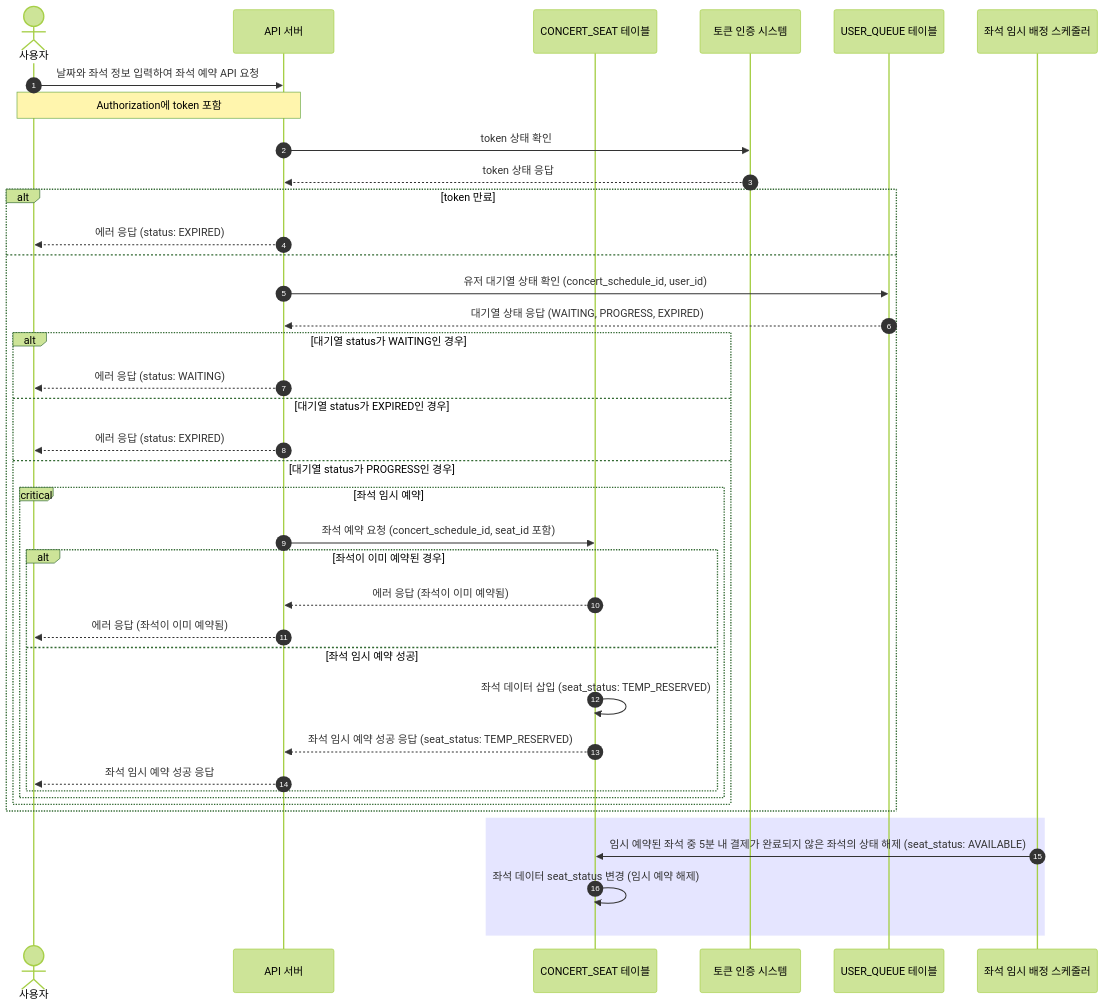
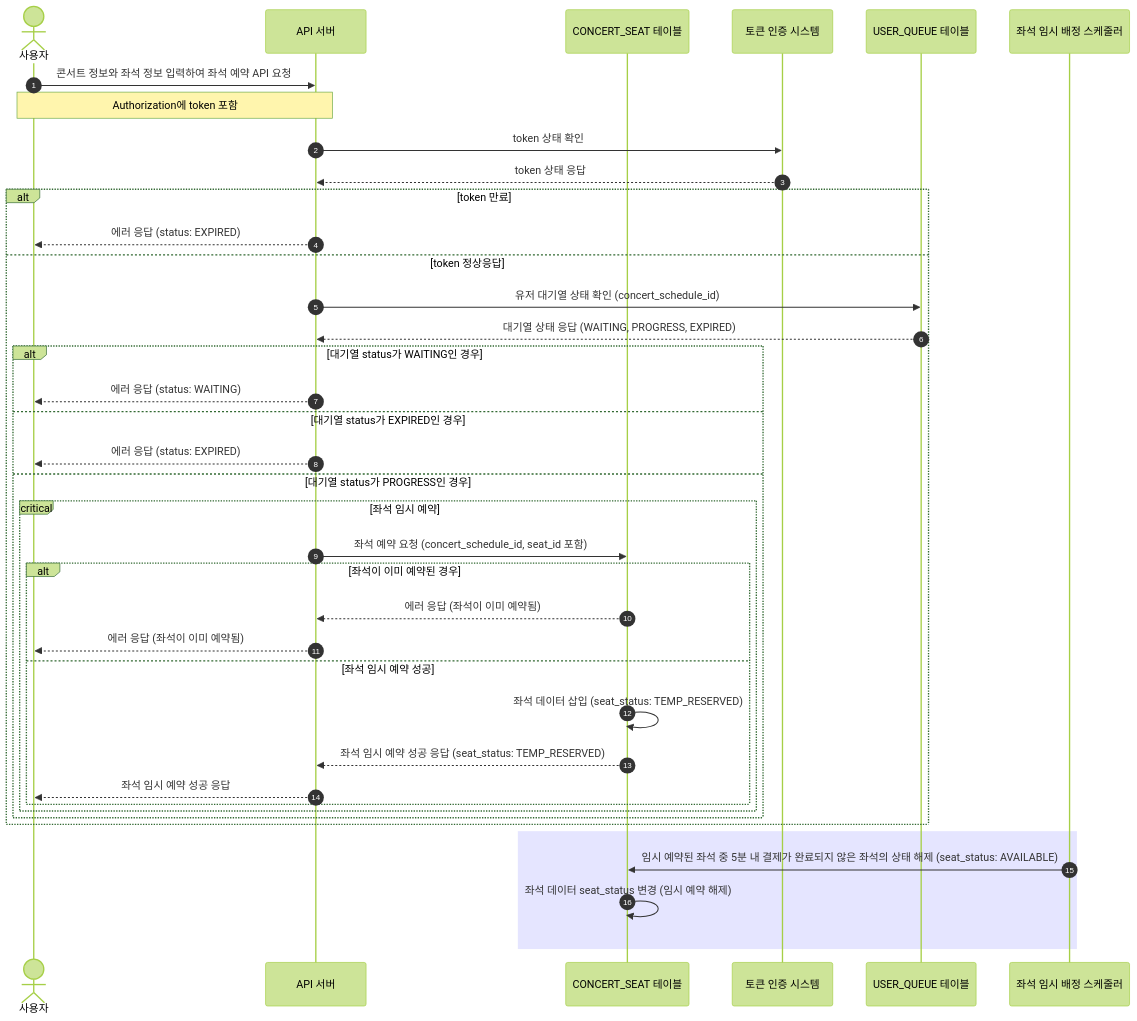
One commit to Cheondongmin/concert-java changed the fourth of 7 diagrams in docs/sequence.md. Above: the diagram before and after it, drawn with Mermaid (forest theme). The commit also changed other lines of this file and 3 other files, not shown here.

````diff
--- a/docs/sequence.md
+++ b/docs/sequence.md
@@ -94,44 +94,44 @@
 ```mermaid
 sequenceDiagram
     autonumber
     actor 사용자 as 사용자
     participant API as API 서버
     participant CONCERT_SEAT as CONCERT_SEAT 테이블
     participant AUTH as 토큰 인증 시스템
     participant USER_QUEUE as USER_QUEUE 테이블
     participant SEAT_SCHEDULER as 좌석 임시 배정 스케줄러
 
-    사용자 ->> API: 날짜와 좌석 정보 입력하여 좌석 예약 API 요청
+    사용자 ->> API: 콘서트 정보와 좌석 정보 입력하여 좌석 예약 API 요청
     Note over 사용자, API: Authorization에 token 포함
     API ->> AUTH: token 상태 확인
     AUTH -->> API: token 상태 응답
     alt token 만료
         API -->> 사용자: 에러 응답 (status: EXPIRED)
-    else
-        API ->> USER_QUEUE: 유저 대기열 상태 확인 (concert_schedule_id, user_id)
+    else token 정상응답
+        API ->> USER_QUEUE: 유저 대기열 상태 확인 (concert_schedule_id)
         USER_QUEUE -->> API: 대기열 상태 응답 (WAITING, PROGRESS, EXPIRED)
 
         alt 대기열 status가 WAITING인 경우
             API -->> 사용자: 에러 응답 (status: WAITING)
         else 대기열 status가 EXPIRED인 경우
             API -->> 사용자: 에러 응답 (status: EXPIRED)
         else 대기열 status가 PROGRESS인 경우
             critical 좌석 임시 예약
                 API ->> CONCERT_SEAT: 좌석 예약 요청 (concert_schedule_id, seat_id 포함)
                 alt 좌석이 이미 예약된 경우
                     CONCERT_SEAT -->> API: 에러 응답 (좌석이 이미 예약됨)
                     API -->> 사용자: 에러 응답 (좌석이 이미 예약됨)
                 else 좌석 임시 예약 성공
                     CONCERT_SEAT ->> CONCERT_SEAT: 좌석 데이터 삽입 (seat_status: TEMP_RESERVED)
                     CONCERT_SEAT -->> API: 좌석 임시 예약 성공 응답 (seat_status: TEMP_RESERVED)
                     API -->> 사용자: 좌석 임시 예약 성공 응답
                 end
             end
         end
     end
 
     rect rgba(0, 0, 255, .1)
         SEAT_SCHEDULER ->> CONCERT_SEAT: 임시 예약된 좌석 중 5분 내 결제가 완료되지 않은 좌석의 상태 해제 (seat_status: AVAILABLE)
         CONCERT_SEAT ->> CONCERT_SEAT: 좌석 데이터 seat_status 변경 (임시 예약 해제)
     end
 ```
````
